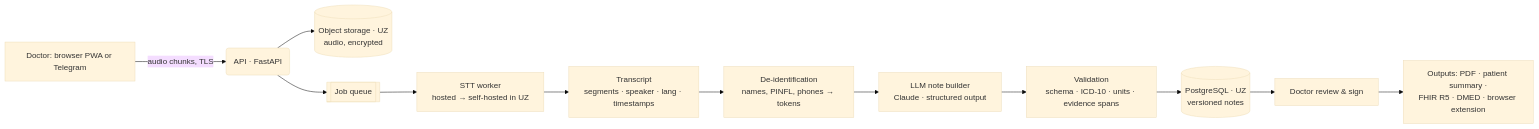
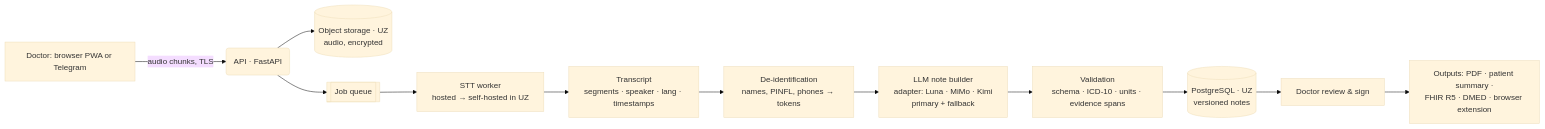
The diagram in docs/04-architecture.md (azuziz/azuziz), drawn with Mermaid (base theme) before and after one commit. The commit also changed other lines of this file and 5 other files, not shown here.

First line of the commit message:
Plan LLM bake-off: GPT-6 Luna vs MiMo-V2.6-Pro vs Kimi

````diff
--- a/docs/04-architecture.md
+++ b/docs/04-architecture.md
@@ -27,14 +27,14 @@
 ```mermaid
 flowchart LR
   A[Doctor: browser PWA or Telegram] -->|audio chunks, TLS| B(API · FastAPI)
   B --> C[(Object storage · UZ<br/>audio, encrypted)]
   B --> Q[[Job queue]]
   Q --> D[STT worker<br/>hosted → self-hosted in UZ]
   D --> E[Transcript<br/>segments · speaker · lang · timestamps]
   E --> F[De-identification<br/>names, PINFL, phones → tokens]
-  F --> G[LLM note builder<br/>Claude · structured output]
+  F --> G[LLM note builder<br/>adapter: Luna · MiMo · Kimi<br/>primary + fallback]
   G --> H[Validation<br/>schema · ICD-10 · units · evidence spans]
   H --> I[(PostgreSQL · UZ<br/>versioned notes)]
   I --> J[Doctor review & sign]
   J --> K[Outputs: PDF · patient summary ·<br/>FHIR R5 · DMED · browser extension]
 ```
````
